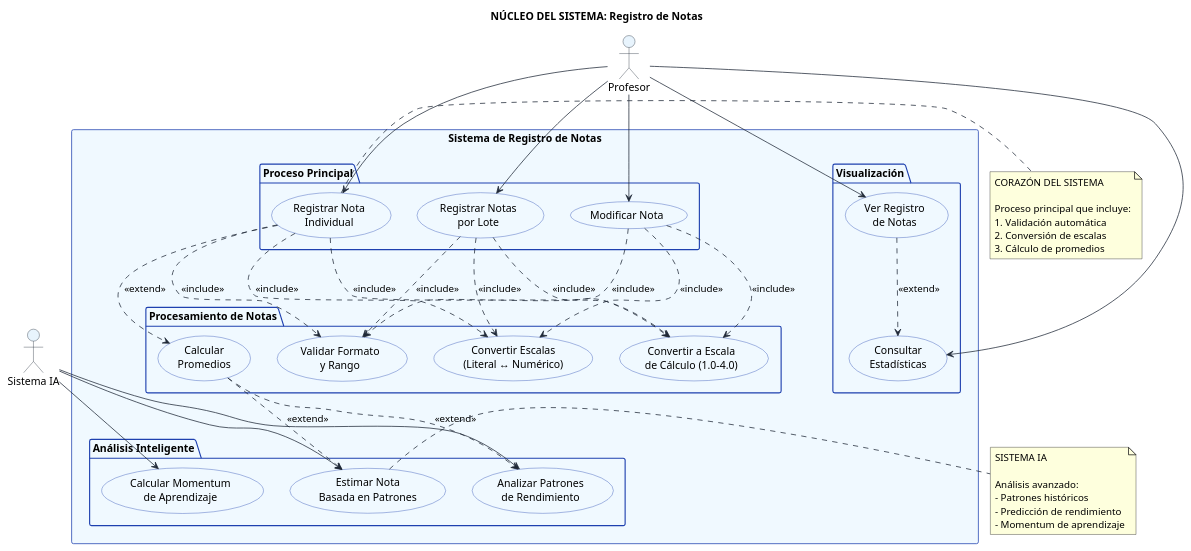
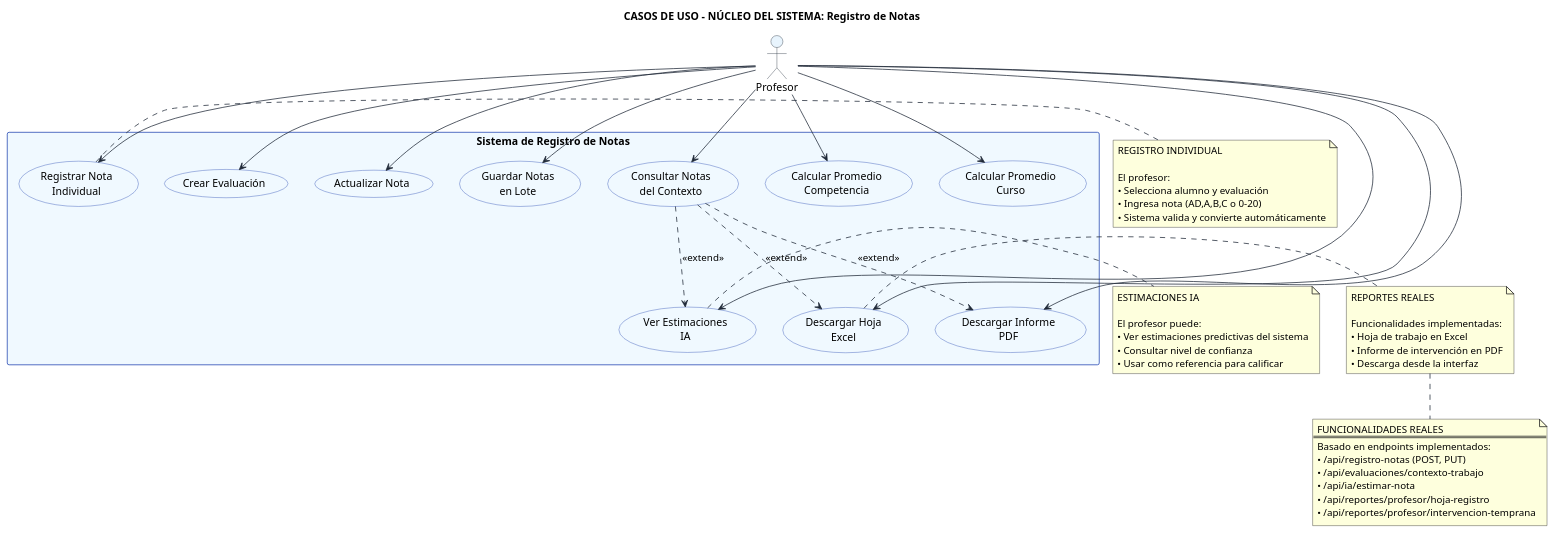
The diagram in diagramas/registro-notas/casos-uso-registro-notas.puml (CondePlocs/sistemnotas), drawn with PlantUML before and after one commit. The commit also changed 5 other files, not shown here.

```diff
--- a/diagramas/registro-notas/casos-uso-registro-notas.puml
+++ b/diagramas/registro-notas/casos-uso-registro-notas.puml
@@ -1,94 +1,94 @@
 @startuml Casos de Uso - Sistema de Registro de Notas (Núcleo)
 
 skinparam {
     ActorBackgroundColor #E8F4FD
     ActorBorderColor #1F2937
     UsecaseBackgroundColor #F0F9FF
     UsecaseBorderColor #1E40AF
     PackageBackgroundColor #F0F9FF
     PackageBorderColor #1E40AF
     ArrowColor #1F2937
 }
 
-title NÚCLEO DEL SISTEMA: Registro de Notas
+title CASOS DE USO - NÚCLEO DEL SISTEMA: Registro de Notas
 
 ' ACTORES PRINCIPALES
 actor "Profesor" as Profesor
-actor "Sistema IA" as SistemaIA
 
 rectangle "Sistema de Registro de Notas" {
-    package "Proceso Principal" {
-        usecase "Registrar Nota\nIndividual" as UC1
-        usecase "Registrar Notas\npor Lote" as UC2
-        usecase "Modificar Nota" as UC3
-    }
-
-    package "Procesamiento de Notas" {
-        usecase "Validar Formato\ny Rango" as UC4
-        usecase "Convertir Escalas\n(Literal ↔ Numérico)" as UC5
-        usecase "Convertir a Escala\nde Cálculo (1.0-4.0)" as UC6
-        usecase "Calcular\nPromedios" as UC7
-    }
-
-    package "Análisis Inteligente" {
-        usecase "Estimar Nota\nBasada en Patrones" as UC8
-        usecase "Analizar Patrones\nde Rendimiento" as UC9
-        usecase "Calcular Momentum\nde Aprendizaje" as UC10
-    }
-
-    package "Visualización" {
-        usecase "Ver Registro\nde Notas" as UC11
-        usecase "Consultar\nEstadísticas" as UC12
-    }
+    
+    usecase "Crear Evaluación" as UC1
+    
+    usecase "Registrar Nota\nIndividual" as UC2
+    usecase "Actualizar Nota" as UC3
+    usecase "Guardar Notas\nen Lote" as UC4
+    
+    usecase "Consultar Notas\ndel Contexto" as UC5
+    usecase "Calcular Promedio\nCompetencia" as UC6
+    usecase "Calcular Promedio\nCurso" as UC7
+    
+    usecase "Ver Estimaciones\nIA" as UC8
+    
+    usecase "Descargar Hoja\nExcel" as UC9
+    usecase "Descargar Informe\nPDF" as UC10
 }
 
-' RELACIONES PRINCIPALES
+' RELACIONES PRINCIPALES - SIN CRUCES
 Profesor --> UC1
 Profesor --> UC2
 Profesor --> UC3
-Profesor --> UC11
-Profesor --> UC12
+Profesor --> UC4
+Profesor --> UC5
+Profesor --> UC6
+Profesor --> UC7
+Profesor --> UC8
+Profesor --> UC9
+Profesor --> UC10
 
-SistemaIA --> UC8
-SistemaIA --> UC9
-SistemaIA --> UC10
+' RELACIONES DE EXTENSIÓN (OPCIONALES) - BASADAS EN CÓDIGO REAL
+' Al consultar notas, opcionalmente puede ver estimaciones IA
+UC5 ..> UC8 : <<extend>>
 
-' RELACIONES DE INCLUSIÓN
-UC1 ..> UC4 : <<include>>
-UC1 ..> UC5 : <<include>>
-UC1 ..> UC6 : <<include>>
+' Al consultar notas, opcionalmente puede descargar reportes
+UC5 ..> UC9 : <<extend>>
+UC5 ..> UC10 : <<extend>>
 
-UC2 ..> UC4 : <<include>>
-UC2 ..> UC5 : <<include>>
-UC2 ..> UC6 : <<include>>
-
-UC3 ..> UC4 : <<include>>
-UC3 ..> UC5 : <<include>>
-UC3 ..> UC6 : <<include>>
-
-' RELACIONES DE EXTENSIÓN
-UC1 ..> UC7 : <<extend>>
-UC7 ..> UC8 : <<extend>>
-UC7 ..> UC9 : <<extend>>
-
-UC11 ..> UC12 : <<extend>>
-
-note right of UC1
-    CORAZÓN DEL SISTEMA
+note right of UC2
+    REGISTRO INDIVIDUAL
     
-    Proceso principal que incluye:
-    1. Validación automática
-    2. Conversión de escalas
-    3. Cálculo de promedios
+    El profesor:
+    • Selecciona alumno y evaluación
+    • Ingresa nota (AD,A,B,C o 0-20)
+    • Sistema valida y convierte automáticamente
 end note
 
 note right of UC8
-    SISTEMA IA
+    ESTIMACIONES IA
     
-    Análisis avanzado:
-    - Patrones históricos
-    - Predicción de rendimiento
-    - Momentum de aprendizaje
+    El profesor puede:
+    • Ver estimaciones predictivas del sistema
+    • Consultar nivel de confianza
+    • Usar como referencia para calificar
+end note
+
+note right of UC9
+    REPORTES REALES
+    
+    Funcionalidades implementadas:
+    • Hoja de trabajo en Excel
+    • Informe de intervención en PDF
+    • Descarga desde la interfaz
+end note
+
+note bottom
+    FUNCIONALIDADES REALES
+    ==
+    Basado en endpoints implementados:
+    • /api/registro-notas (POST, PUT)
+    • /api/evaluaciones/contexto-trabajo
+    • /api/ia/estimar-nota
+    • /api/reportes/profesor/hoja-registro
+    • /api/reportes/profesor/intervencion-temprana
 end note
 
 @enduml
```
